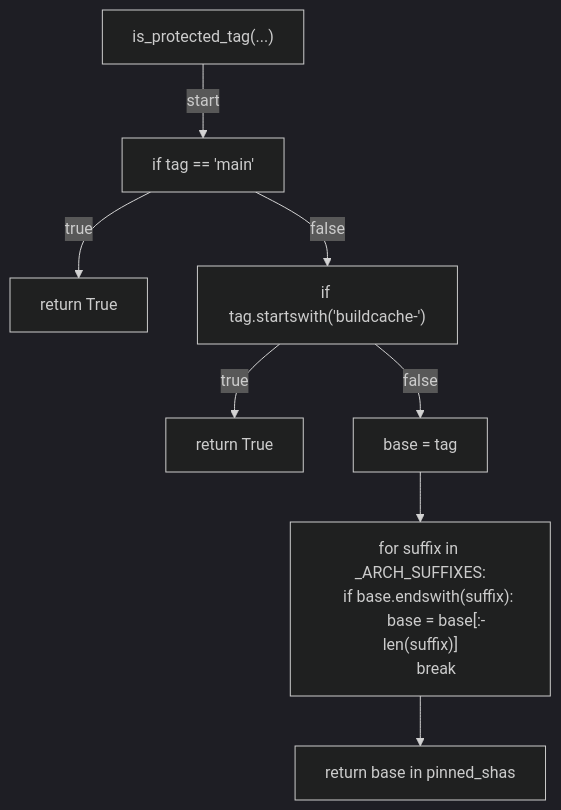
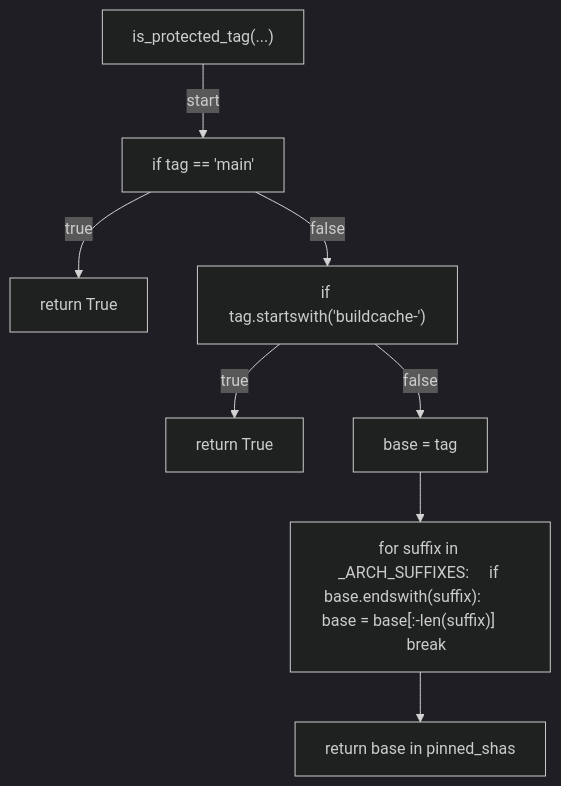
The third of 13 diagrams in docs/generated/scripts/ast/prune_devcontainer_images.md (tvna/claude-md), drawn with Mermaid (dark theme) before and after one commit. The commit also changed other lines of this file and 29 other files, not shown here.

First line of the commit message:
docs(generated): regenerate decision tree and workflow diagrams (batch 3/5)

````diff
--- a/docs/generated/scripts/ast/prune_devcontainer_images.md
+++ b/docs/generated/scripts/ast/prune_devcontainer_images.md
@@ -47,21 +39,18 @@
 ```mermaid
 flowchart TD
     N001["is_protected_tag(...)"]
     N002["if tag == 'main'"]
     N003["return True"]
     N004["if tag.startswith('buildcache-')"]
     N005["return True"]
     N006["base = tag"]
-    N007["for suffix in _ARCH_SUFFIXES:
-    if base.endswith(suffix):
-        base = base[:-len(suffix)]
-        break"]
+    N007["for suffix in _ARCH_SUFFIXES:     if base.endswith(suffix):         base = base[:-len(suffix)]         break"]
     N008["return base in pinned_shas"]
     N001 -->|"start"| N002
     N002 -->|"true"| N003
     N002 -->|"false"| N004
     N004 -->|"true"| N005
     N004 -->|"false"| N006
     N006 --> N007
     N007 --> N008
 ```
````
